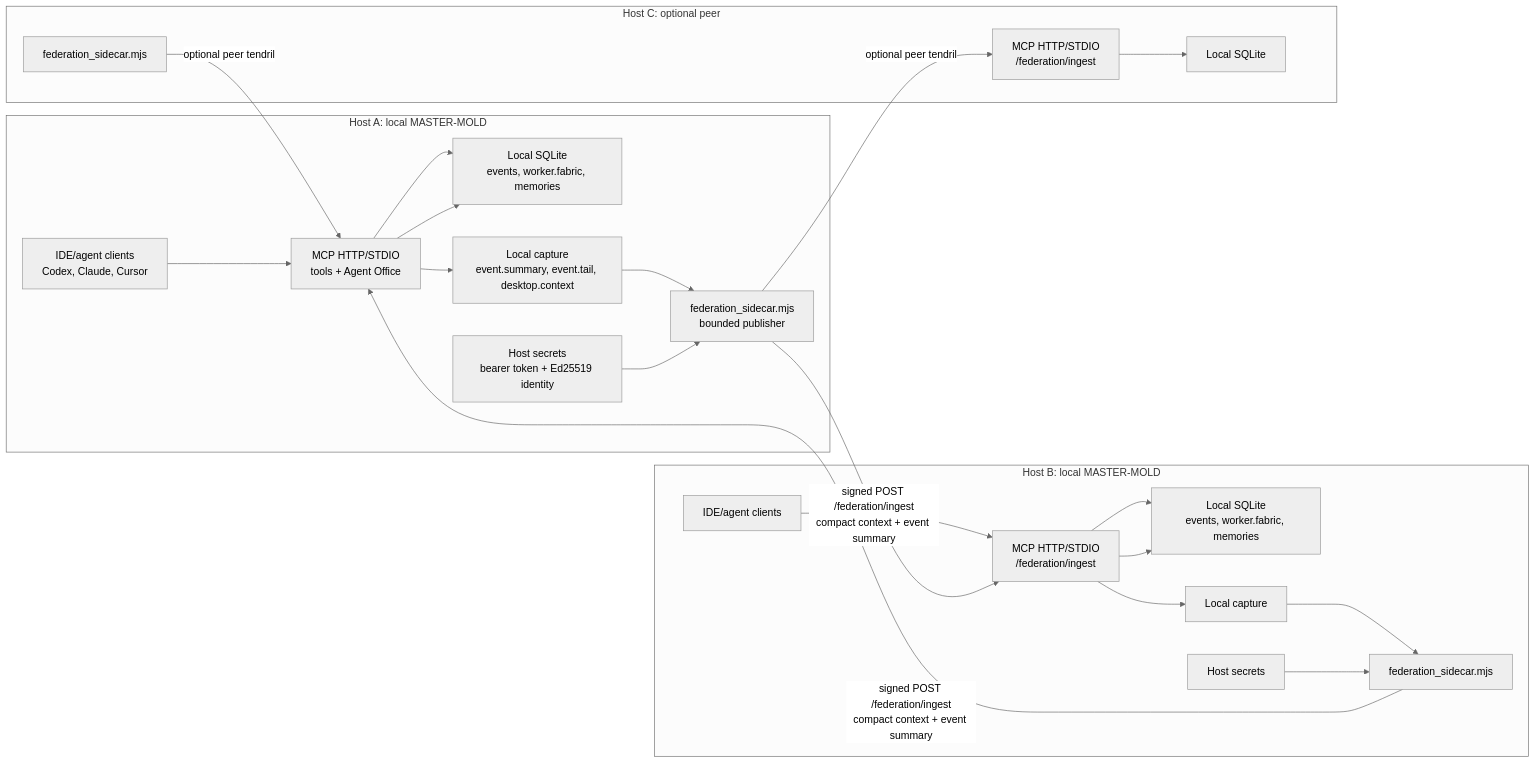
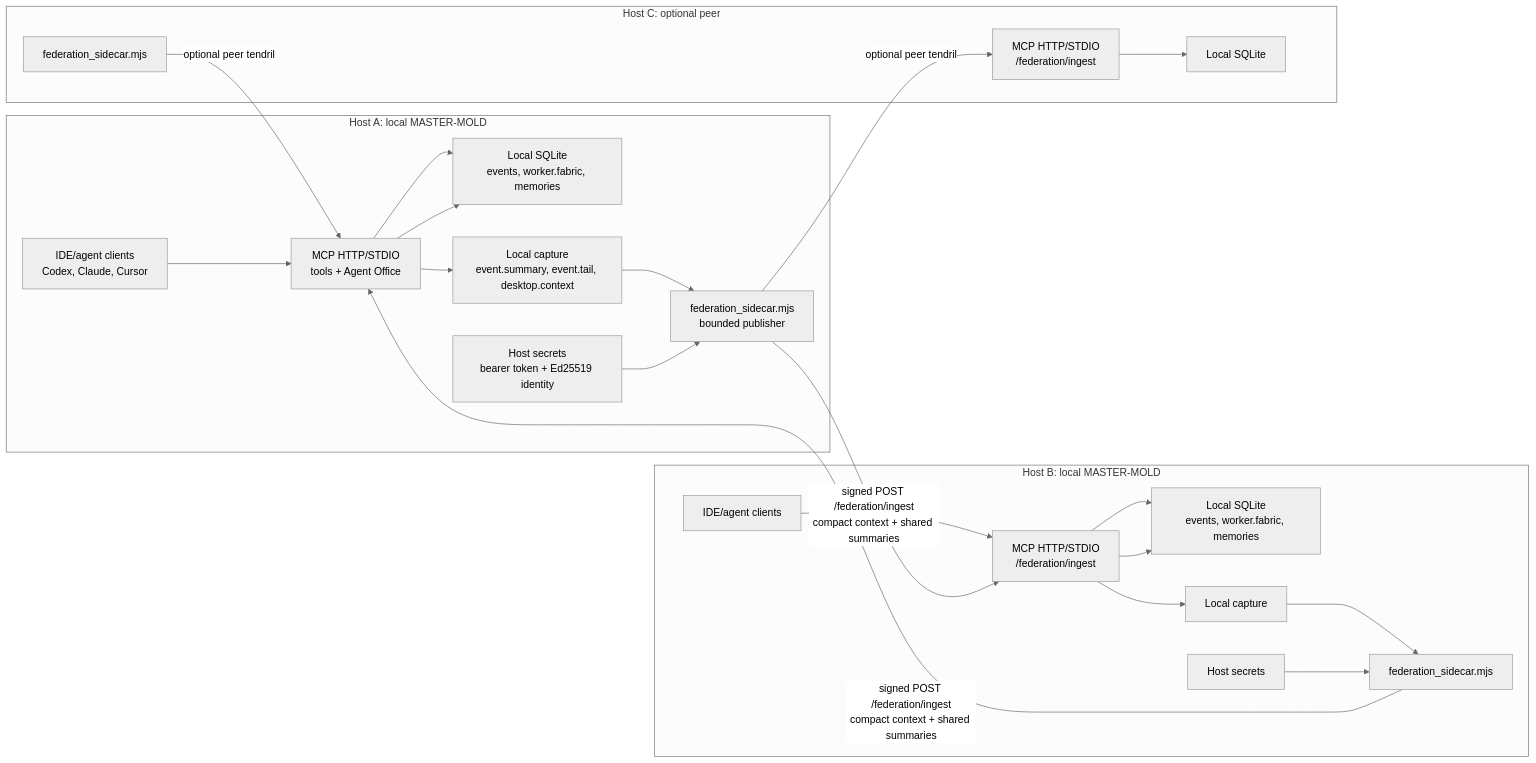
The first of 2 diagrams in docs/FEDERATION_MESH.md (driverd12/MCPlayground---Core-Template), drawn with Mermaid (neutral theme) before and after one commit. The commit also changed other lines of this file, not shown here.

Commit message:
Document federated shared context readiness

````diff
--- a/docs/FEDERATION_MESH.md
+++ b/docs/FEDERATION_MESH.md
@@ -7,47 +7,47 @@
 ```mermaid
 flowchart LR
   subgraph A["Host A: local MASTER-MOLD"]
     AAgents["IDE/agent clients<br/>Codex, Claude, Cursor"]
     AMcp["MCP HTTP/STDIO<br/>tools + Agent Office"]
     AStore["Local SQLite<br/>events, worker.fabric, memories"]
     AContext["Local capture<br/>event.summary, event.tail, desktop.context"]
     ASidecar["federation_sidecar.mjs<br/>bounded publisher"]
     ASecrets["Host secrets<br/>bearer token + Ed25519 identity"]
   end
 
   subgraph B["Host B: local MASTER-MOLD"]
     BAgents["IDE/agent clients"]
     BMcp["MCP HTTP/STDIO<br/>/federation/ingest"]
     BStore["Local SQLite<br/>events, worker.fabric, memories"]
     BContext["Local capture"]
     BSidecar["federation_sidecar.mjs"]
     BSecrets["Host secrets"]
   end
 
   subgraph C["Host C: optional peer"]
     CMcp["MCP HTTP/STDIO<br/>/federation/ingest"]
     CStore["Local SQLite"]
     CSidecar["federation_sidecar.mjs"]
   end
 
   AAgents --> AMcp
   AMcp --> AStore
   AMcp --> AContext
   AContext --> ASidecar
   ASecrets --> ASidecar
 
   BAgents --> BMcp
   BMcp --> BStore
   BMcp --> BContext
   BContext --> BSidecar
   BSecrets --> BSidecar
 
-  ASidecar -- "signed POST /federation/ingest<br/>compact context + event summary" --> BMcp
-  BSidecar -- "signed POST /federation/ingest<br/>compact context + event summary" --> AMcp
+  ASidecar -- "signed POST /federation/ingest<br/>compact context + shared summaries" --> BMcp
+  BSidecar -- "signed POST /federation/ingest<br/>compact context + shared summaries" --> AMcp
   ASidecar -- "optional peer tendril" --> CMcp
   CSidecar -- "optional peer tendril" --> AMcp
 
   BMcp --> BStore
   AMcp --> AStore
   CMcp --> CStore
 ```
````
